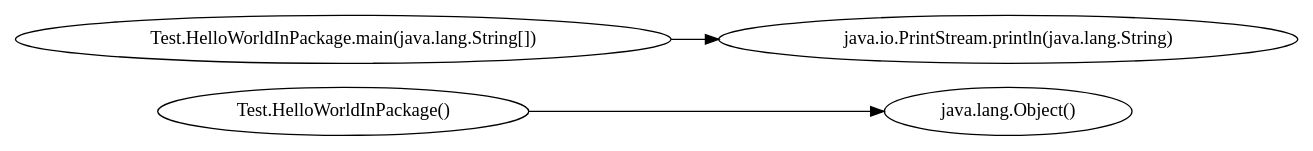
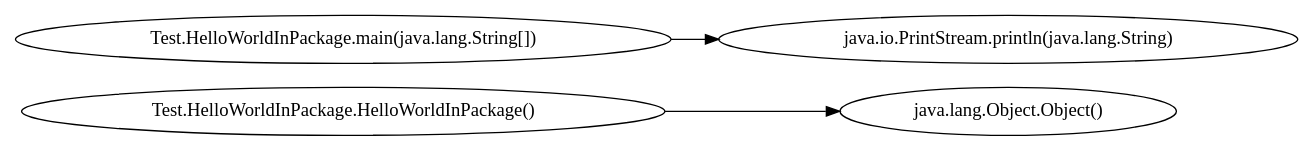
Before and after one commit to sagodiz/diff_for_CG: the diagram in bemenetek/spoon/java_samples/HelloWorldInPackage.dot, drawn with Graphviz. The commit also changed 57 other files, not shown here.

```diff
--- a/bemenetek/spoon/java_samples/HelloWorldInPackage.dot
+++ b/bemenetek/spoon/java_samples/HelloWorldInPackage.dot
@@ -1,9 +1,9 @@
 digraph graphname {
 rankdir="LR";
-0 [label="Test.HelloWorldInPackage()"]
-1 [label="java.lang.Object()"]
+0 [label="Test.HelloWorldInPackage.HelloWorldInPackage()"]
+1 [label="java.lang.Object.Object()"]
 2 [label="Test.HelloWorldInPackage.main(java.lang.String[])"]
 3 [label="java.io.PrintStream.println(java.lang.String)"]
 0 -> 1
 2 -> 3
 }
```
